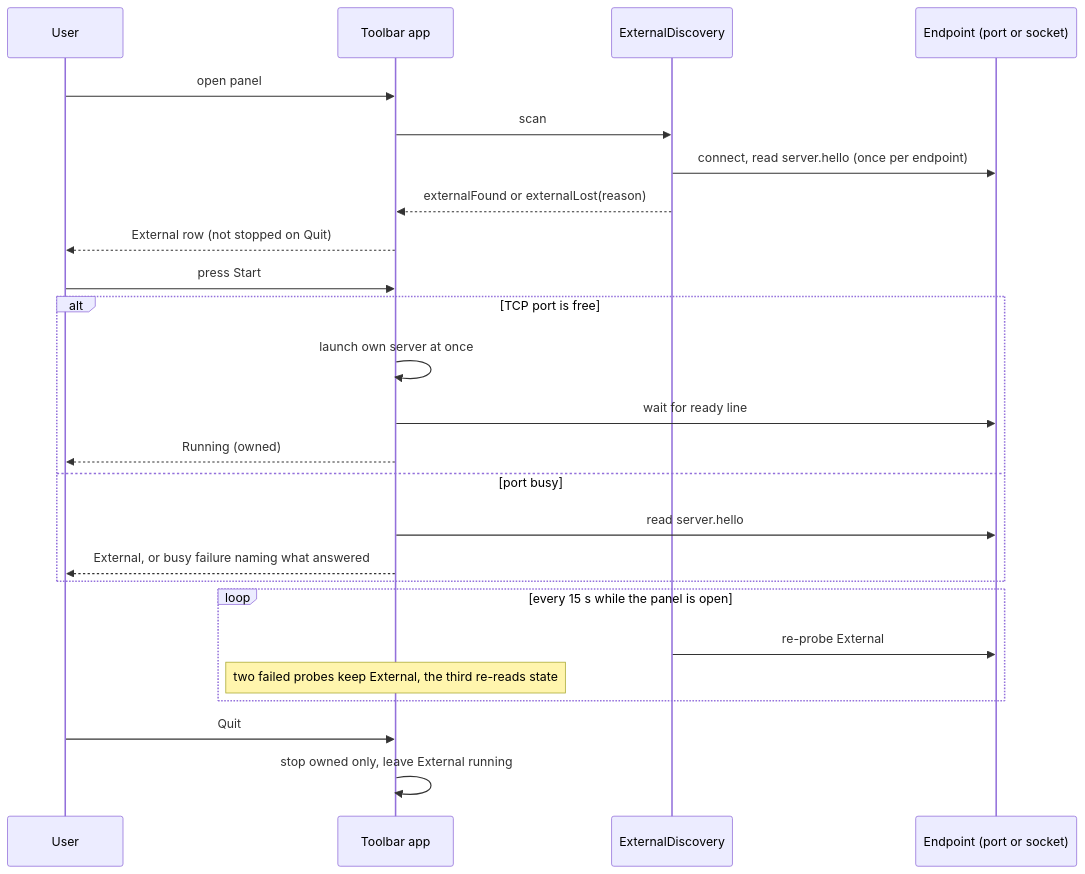
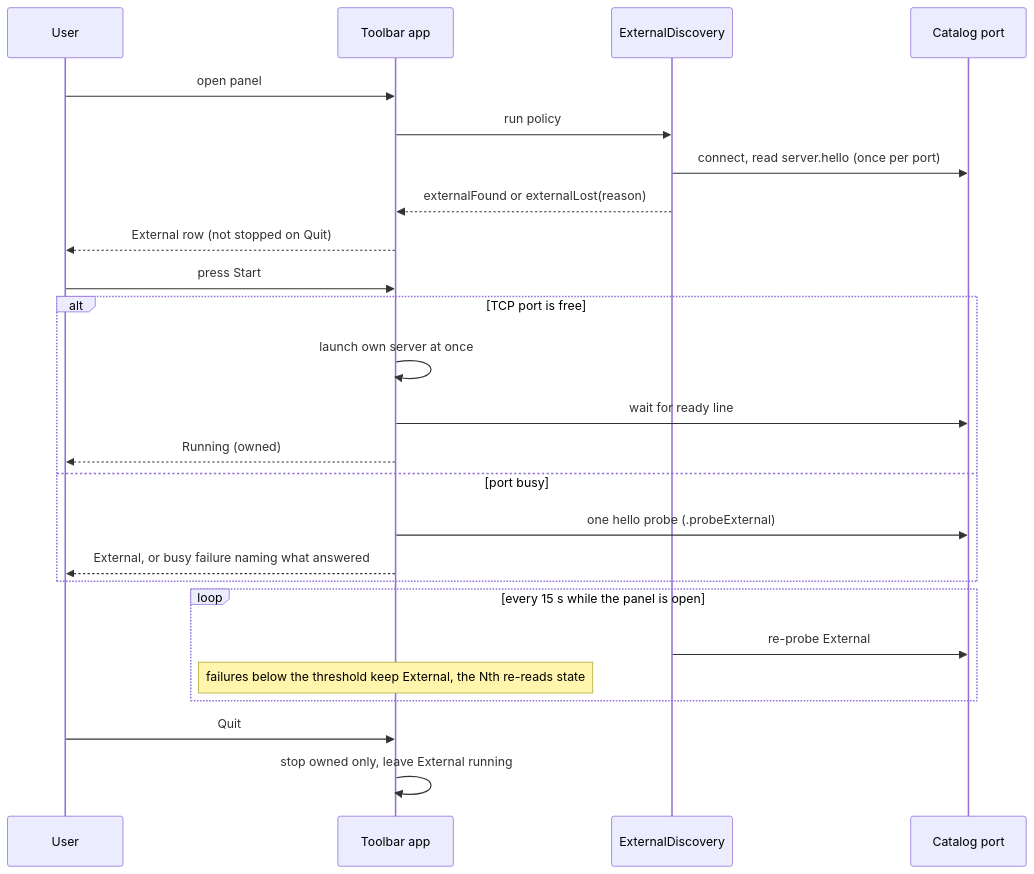
One commit to vr000m/pipecat-local-tts-server changed the second of 2 diagrams in macos/docs/plans/20261025-feature-macos-adopt-external-servers.md. Above: the diagram before and after it, drawn with Mermaid. The commit also changed other lines of this file, not shown here.

Commit message:
docs(macos): make the adopt-external-servers plan TCP-only and apply the third review-plan pass

````diff
--- a/macos/docs/plans/20261025-feature-macos-adopt-external-servers.md
+++ b/macos/docs/plans/20261025-feature-macos-adopt-external-servers.md
@@ -319,27 +319,27 @@
 ```mermaid
 sequenceDiagram
     participant U as User
     participant A as Toolbar app
     participant D as ExternalDiscovery
-    participant E as Endpoint (port or socket)
+    participant E as Catalog port
     U->>A: open panel
-    A->>D: scan
-    D->>E: connect, read server.hello (once per endpoint)
+    A->>D: run policy
+    D->>E: connect, read server.hello (once per port)
     D-->>A: externalFound or externalLost(reason)
     A-->>U: External row (not stopped on Quit)
     U->>A: press Start
     alt TCP port is free
         A->>A: launch own server at once
         A->>E: wait for ready line
         A-->>U: Running (owned)
     else port busy
-        A->>E: read server.hello
+        A->>E: one hello probe (.probeExternal)
         A-->>U: External, or busy failure naming what answered
     end
     loop every 15 s while the panel is open
         D->>E: re-probe External
-        Note over A: two failed probes keep External, the third re-reads state
+        Note over A: failures below the threshold keep External, the Nth re-reads state
     end
     U->>A: Quit
     A->>A: stop owned only, leave External running
 ```
````
